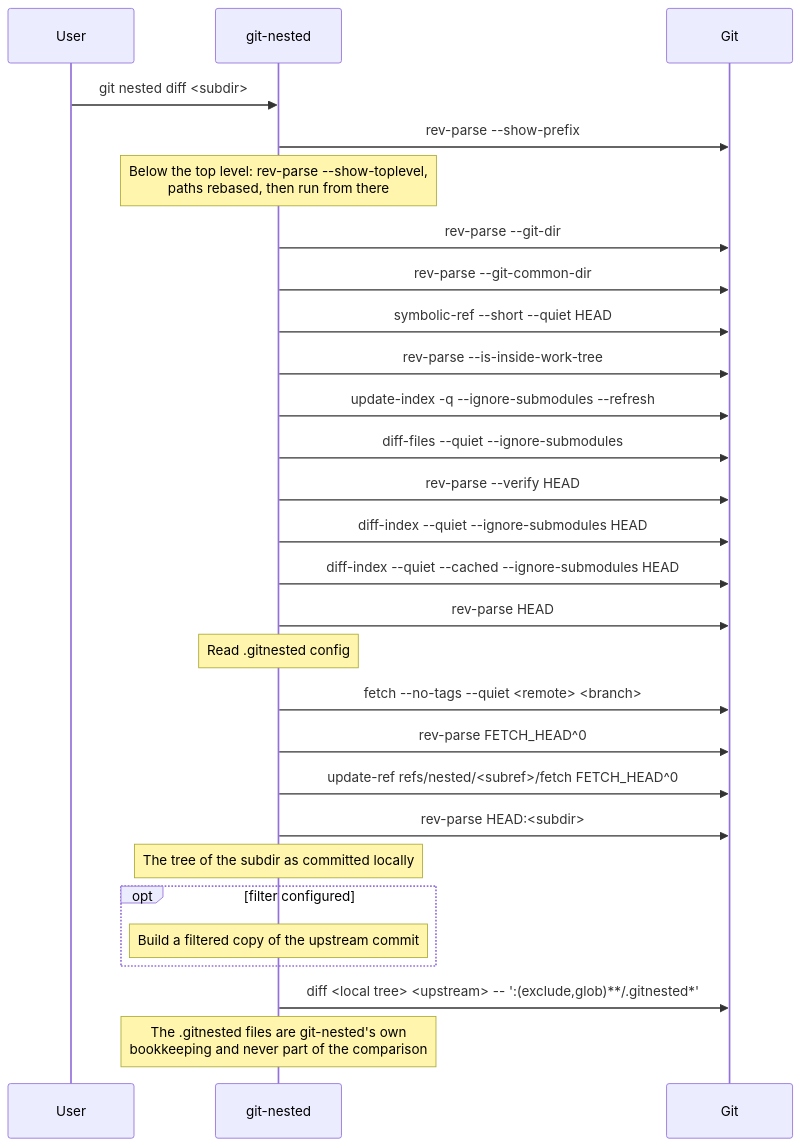
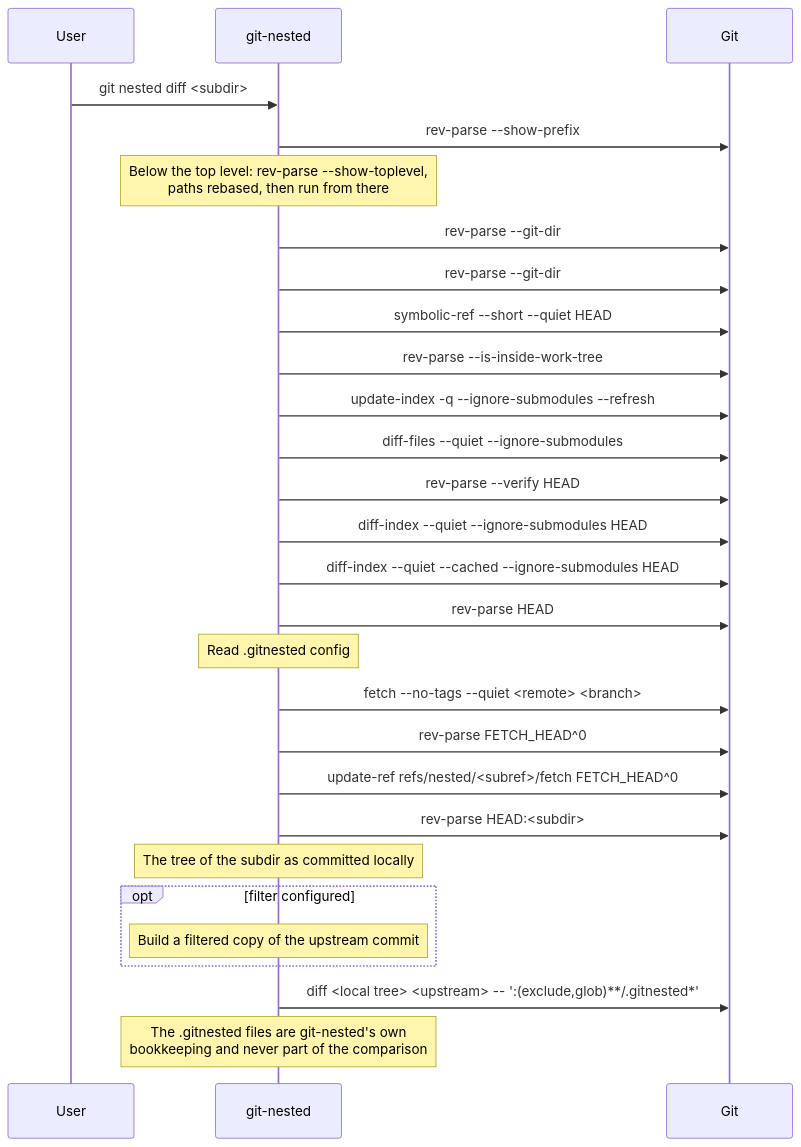
Before and after one commit to thorsten-klein/git-nested: diagram 11 of 14 in docs/diagrams.md, drawn with Mermaid. The commit also changed other lines of this file and 7 other files, not shown here.

````diff
--- a/docs/diagrams.md
+++ b/docs/diagrams.md
@@ -585,35 +585,35 @@
 ```mermaid
 sequenceDiagram
     participant User
     participant git-nested
     participant Git
 
     User->>git-nested: git nested diff <subdir>
     git-nested->>Git: rev-parse --show-prefix
     Note over git-nested: Below the top level: rev-parse --show-toplevel,<br/>paths rebased, then run from there
     git-nested->>Git: rev-parse --git-dir
-    git-nested->>Git: rev-parse --git-common-dir
+    git-nested->>Git: rev-parse --git-dir
     git-nested->>Git: symbolic-ref --short --quiet HEAD
     git-nested->>Git: rev-parse --is-inside-work-tree
     git-nested->>Git: update-index -q --ignore-submodules --refresh
     git-nested->>Git: diff-files --quiet --ignore-submodules
     git-nested->>Git: rev-parse --verify HEAD
     git-nested->>Git: diff-index --quiet --ignore-submodules HEAD
     git-nested->>Git: diff-index --quiet --cached --ignore-submodules HEAD
     git-nested->>Git: rev-parse HEAD
     Note over git-nested: Read .gitnested config
 
     git-nested->>Git: fetch --no-tags --quiet <remote> <branch>
     git-nested->>Git: rev-parse FETCH_HEAD^0
     git-nested->>Git: update-ref refs/nested/<subref>/fetch FETCH_HEAD^0
 
     git-nested->>Git: rev-parse HEAD:<subdir>
     Note over git-nested: The tree of the subdir as committed locally
 
     opt filter configured
         Note over git-nested: Build a filtered copy of the upstream commit
     end
 
     git-nested->>Git: diff <local tree> <upstream> -- ':(exclude,glob)**/.gitnested*'
     Note over git-nested: The .gitnested files are git-nested's own<br/>bookkeeping and never part of the comparison
 ```
````
